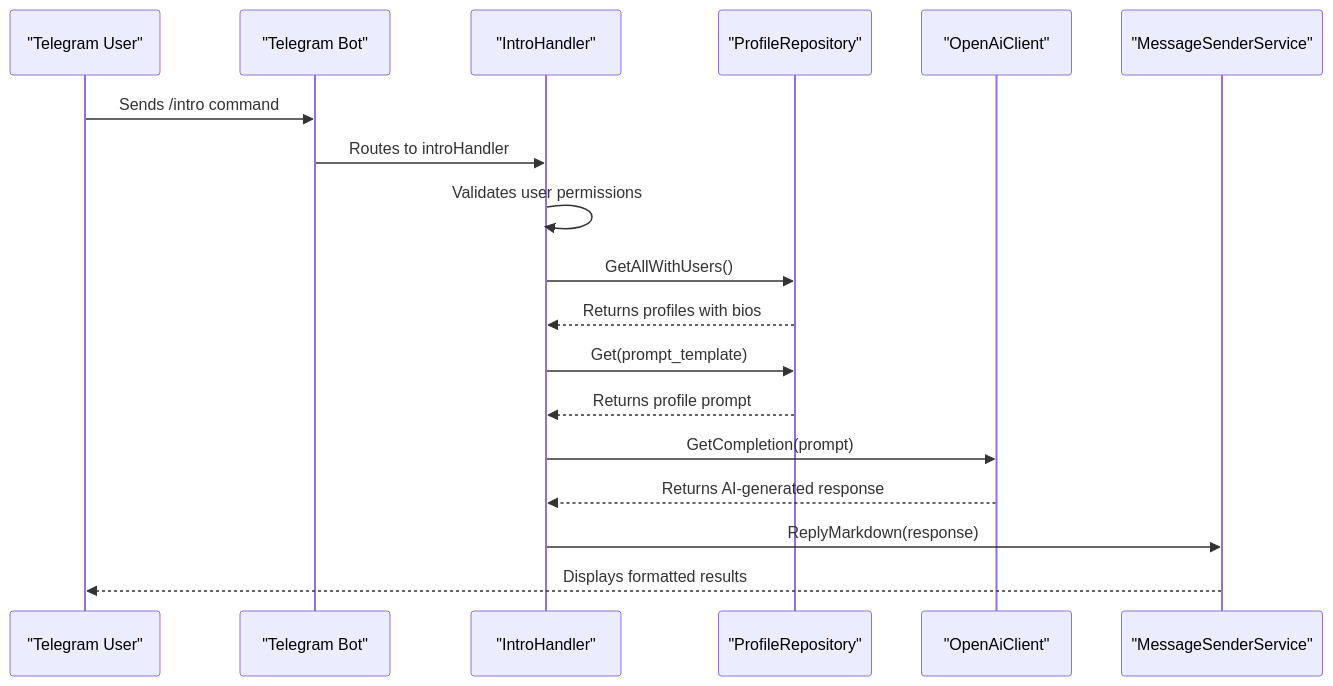
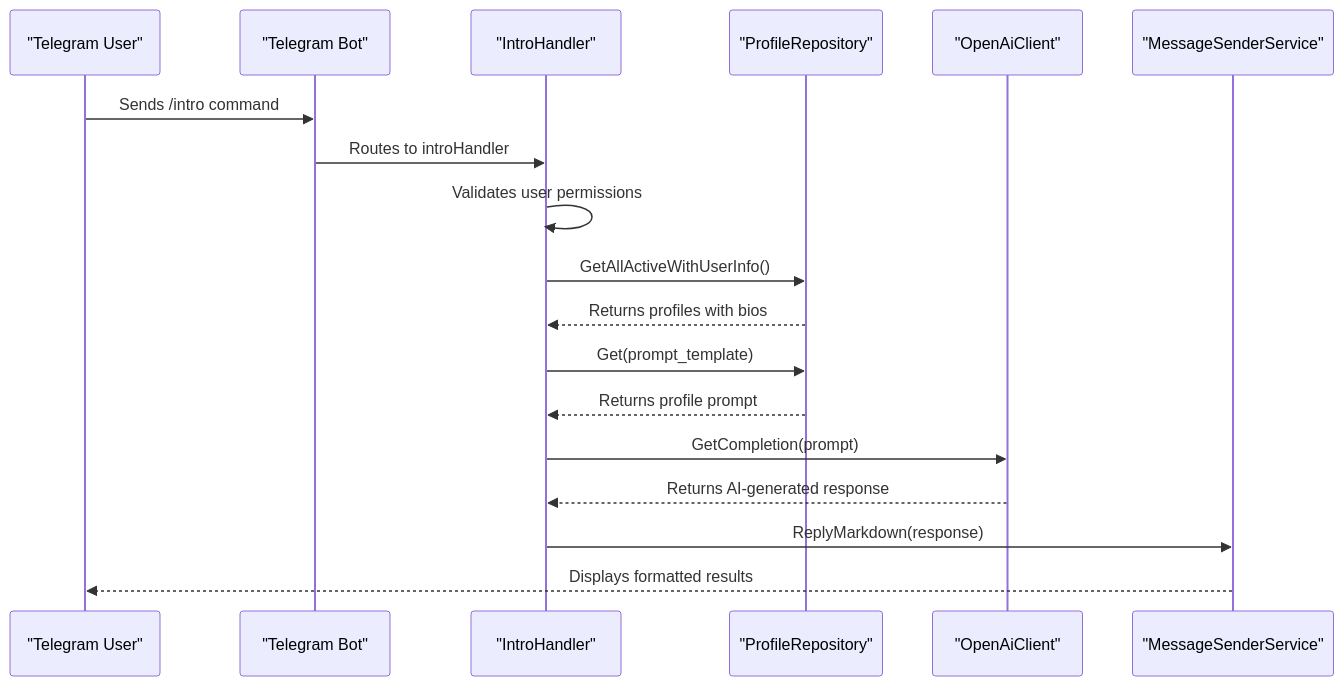
The first of 4 diagrams in .qoder/repowiki/en/content/Profile Management/Profile Search.md (it-beard/evo-bot-go), drawn with Mermaid before and after one commit. The commit also changed other lines of this file and 22 other files, not shown here.

````diff
--- a/.qoder/repowiki/en/content/Profile Management/Profile Search.md
+++ b/.qoder/repowiki/en/content/Profile Management/Profile Search.md
@@ -40,20 +47,20 @@
 ```mermaid
 sequenceDiagram
 participant User as "Telegram User"
 participant Bot as "Telegram Bot"
 participant Handler as "IntroHandler"
 participant Repository as "ProfileRepository"
 participant OpenAI as "OpenAiClient"
 participant Response as "MessageSenderService"
 User->>Bot : Sends /intro command
 Bot->>Handler : Routes to introHandler
 Handler->>Handler : Validates user permissions
-Handler->>Repository : GetAllWithUsers()
+Handler->>Repository : GetAllActiveWithUserInfo()
 Repository-->>Handler : Returns profiles with bios
 Handler->>Repository : Get(prompt_template)
 Repository-->>Handler : Returns profile prompt
 Handler->>OpenAI : GetCompletion(prompt)
 OpenAI-->>Handler : Returns AI-generated response
 Handler->>Response : ReplyMarkdown(response)
 Response-->>User : Displays formatted results
 ```
````
